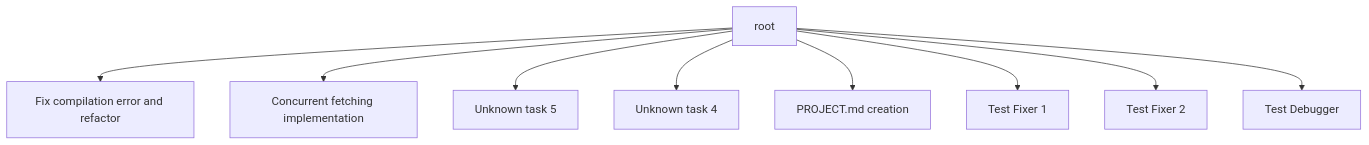
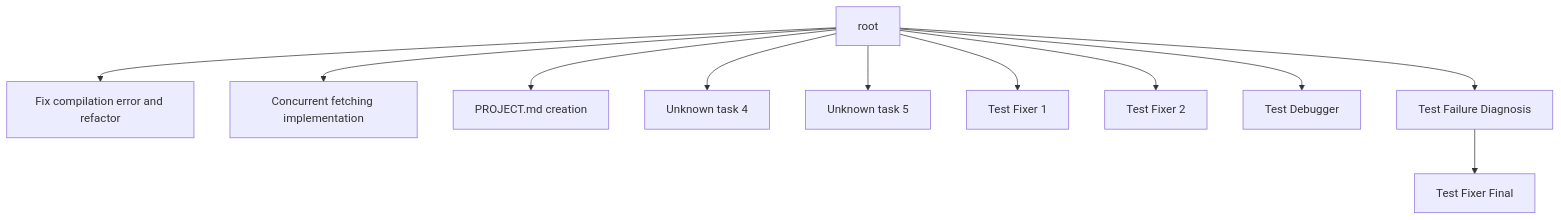
Before and after one commit to nakulbhandare/oneRole: the diagram in .swarm_blackboard_oneRole_fix.md, drawn with Mermaid. The commit also changed other lines of this file and 2 other files, not shown here.

Commit message:
fix(k8s): optimize mongodb memory limits for WiredTiger cache

````diff
--- a/.swarm_blackboard_oneRole_fix.md
+++ b/.swarm_blackboard_oneRole_fix.md
@@ -10,19 +10,23 @@
 ```mermaid
 graph TD
   worker_9f31d814["Fix compilation error and refactor"]
   worker_6b19a6fc["Concurrent fetching implementation"]
   worker_a6439772["PROJECT.md creation"]
   worker_99fcf737["Unknown task 4"]
   worker_433cb604["Unknown task 5"]
   worker_86ed70ff["Test Fixer 1"]
   worker_af494d02["Test Fixer 2"]
   worker_8538ce44["Test Debugger"]
+  worker_91ef49e3["Test Failure Diagnosis"]
+  worker_d5dd40b7["Test Fixer Final"]
   root --> worker_9f31d814
   root --> worker_6b19a6fc
   root --> worker_433cb604
   root --> worker_99fcf737
   root --> worker_a6439772
   root --> worker_86ed70ff
   root --> worker_af494d02
   root --> worker_8538ce44
+  root --> worker_91ef49e3
+  worker_91ef49e3 --> worker_d5dd40b7
 ```
````
